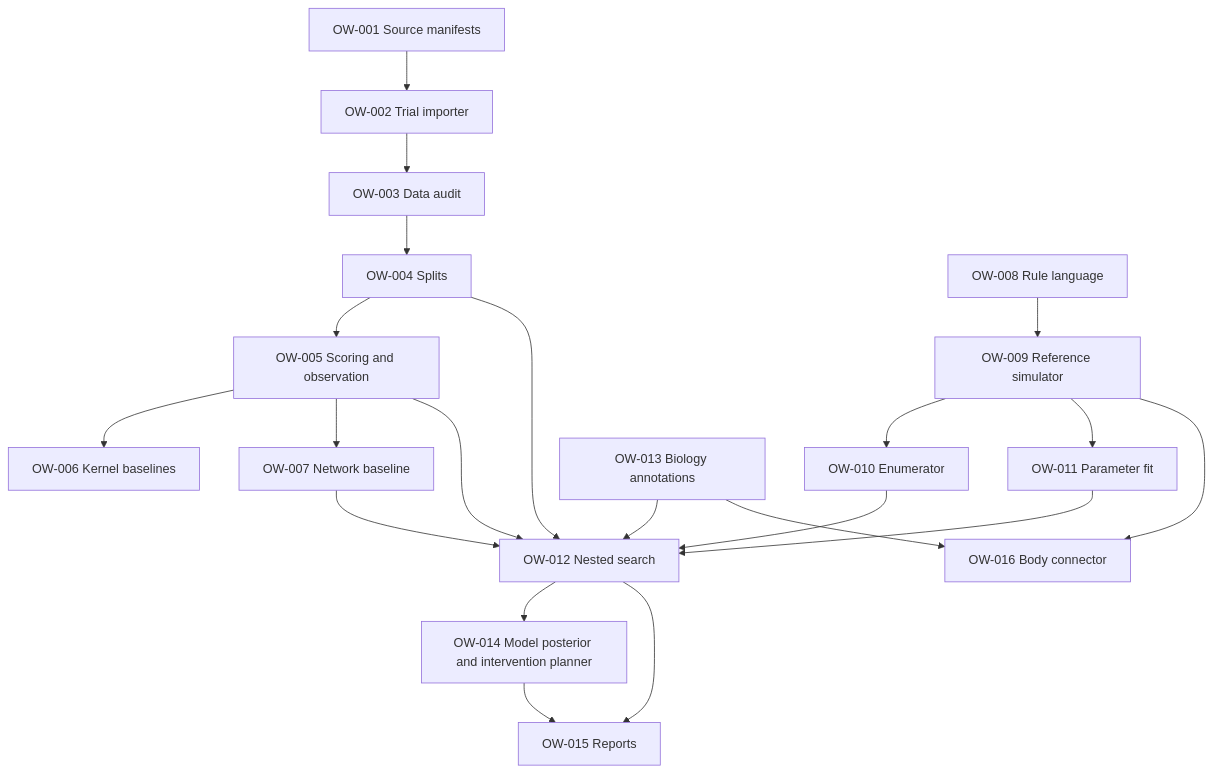
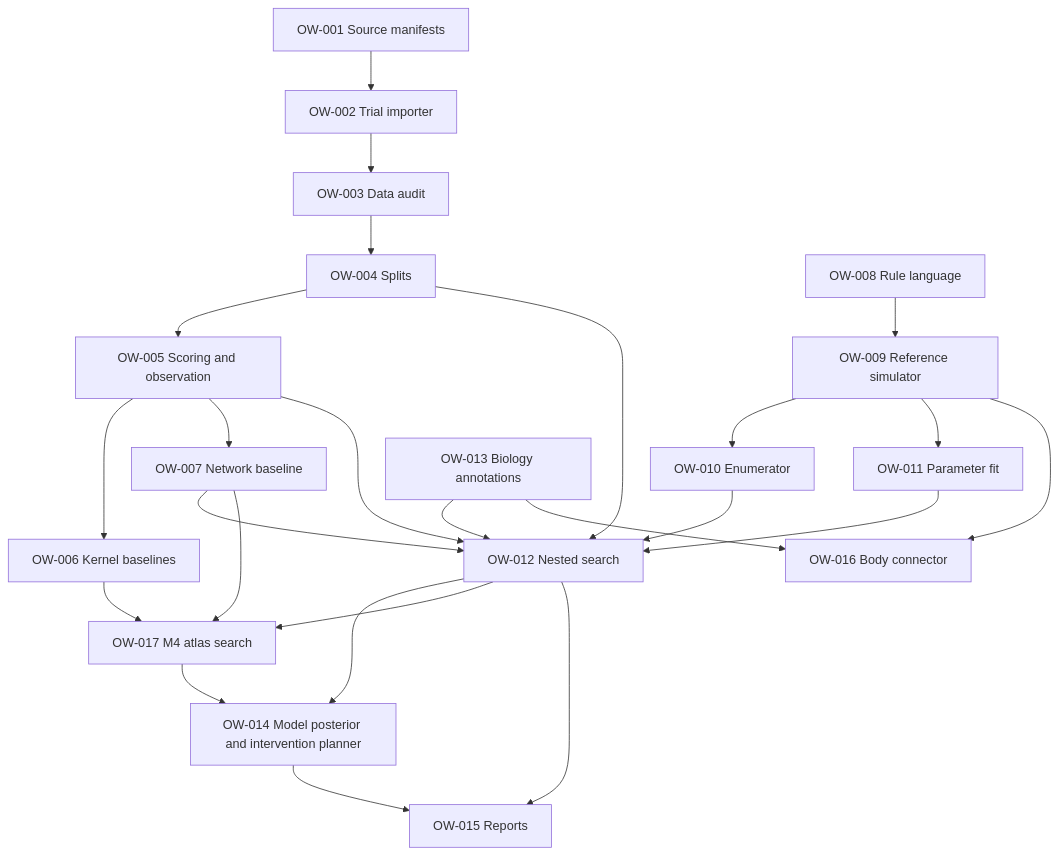
One commit to Lulzx/occam-worm changed the diagram in docs/planning/tickets/README.md. Above: the diagram before and after it, drawn with Mermaid. The commit also changed other lines of this file and 6 other files, not shown here.

````diff
--- a/docs/planning/tickets/README.md
+++ b/docs/planning/tickets/README.md
@@ -29,23 +30,27 @@
 ```mermaid
 flowchart TD
     A[OW-001 Source manifests] --> B[OW-002 Trial importer]
     B --> C[OW-003 Data audit]
     C --> D[OW-004 Splits]
     D --> E[OW-005 Scoring and observation]
     E --> F[OW-006 Kernel baselines]
     E --> G[OW-007 Network baseline]
     H[OW-008 Rule language] --> I[OW-009 Reference simulator]
     I --> J[OW-010 Enumerator]
     I --> K[OW-011 Parameter fit]
     J --> L[OW-012 Nested search]
     K --> L
     D --> L
     E --> L
     G --> L
     M[OW-013 Biology annotations] --> L
     L --> N[OW-014 Model posterior and intervention planner]
+    L --> Q[OW-017 M4 atlas search]
+    F --> Q
+    G --> Q
+    Q --> N
     L --> O[OW-015 Reports]
     N --> O
     I --> P[OW-016 Body connector]
     M --> P
 ```
````
